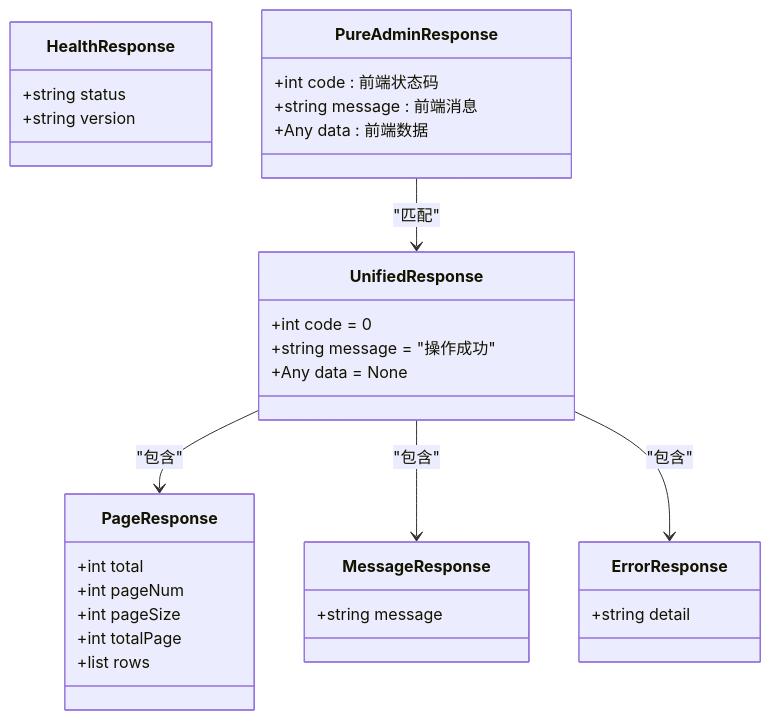
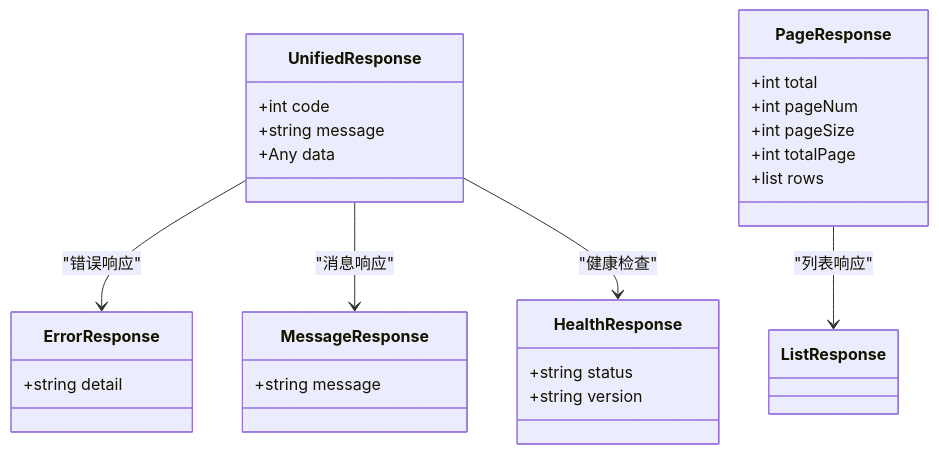
One commit to taoweidong/Hello-FastApi changed the second of 9 diagrams in .qoder/repowiki/zh/content/Api Response Standards.md. Above: the diagram before and after it, drawn with Mermaid. The commit also changed other lines of this file and 11 other files, not shown here.

````diff
--- a/.qoder/repowiki/zh/content/Api Response Standards.md
+++ b/.qoder/repowiki/zh/content/Api Response Standards.md
@@ -97,34 +91,29 @@
 ```mermaid
 classDiagram
 class UnifiedResponse {
-+int code = 0
-+string message = "操作成功"
-+Any data = None
++int code
++string message
++Any data
+}
+class ErrorResponse {
++string detail
+}
+class MessageResponse {
++string message
+}
+class HealthResponse {
++string status
++string version
 }
 class PageResponse {
 +int total
 +int pageNum
 +int pageSize
 +int totalPage
 +list rows
 }
-class MessageResponse {
-+string message
-}
-class ErrorResponse {
-+string detail
-}
-class HealthResponse {
-+string status
-+string version
-}
-class PureAdminResponse {
-+int code : 前端状态码
-+string message : 前端消息
-+Any data : 前端数据
-}
-UnifiedResponse --> PageResponse : "包含"
-UnifiedResponse --> MessageResponse : "包含"
-UnifiedResponse --> ErrorResponse : "包含"
-PureAdminResponse --> UnifiedResponse : "匹配"
+UnifiedResponse --> ErrorResponse : "错误响应"
+UnifiedResponse --> MessageResponse : "消息响应"
+UnifiedResponse --> HealthResponse : "健康检查"
+PageResponse --> ListResponse : "列表响应"
 ```
````
